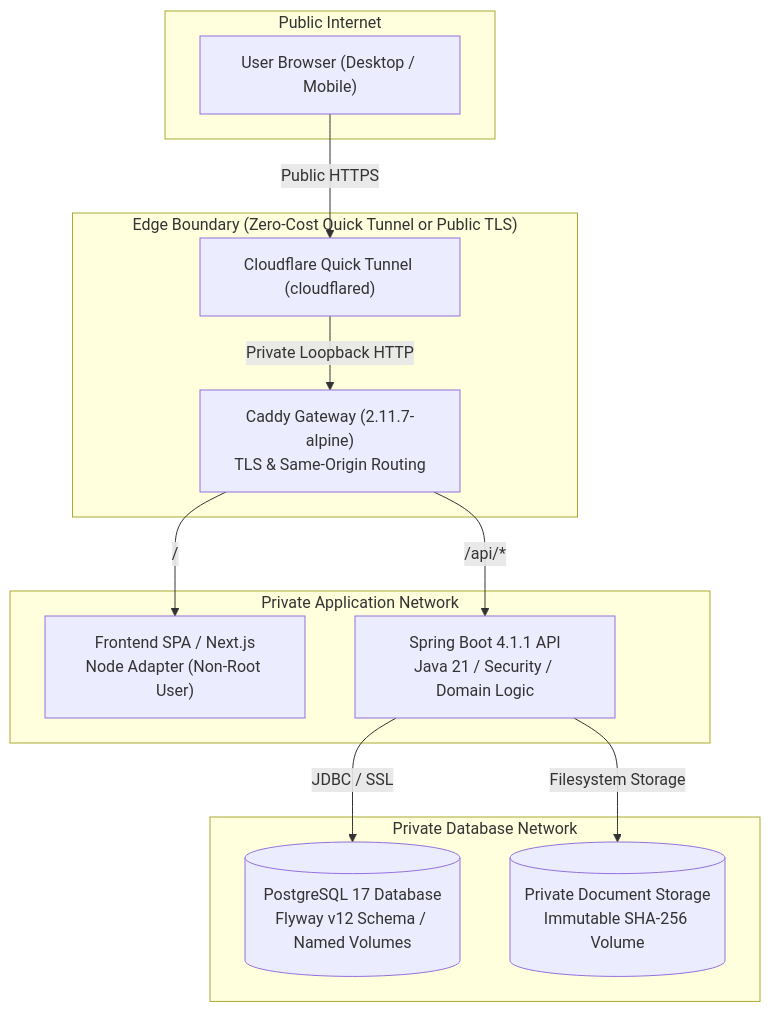
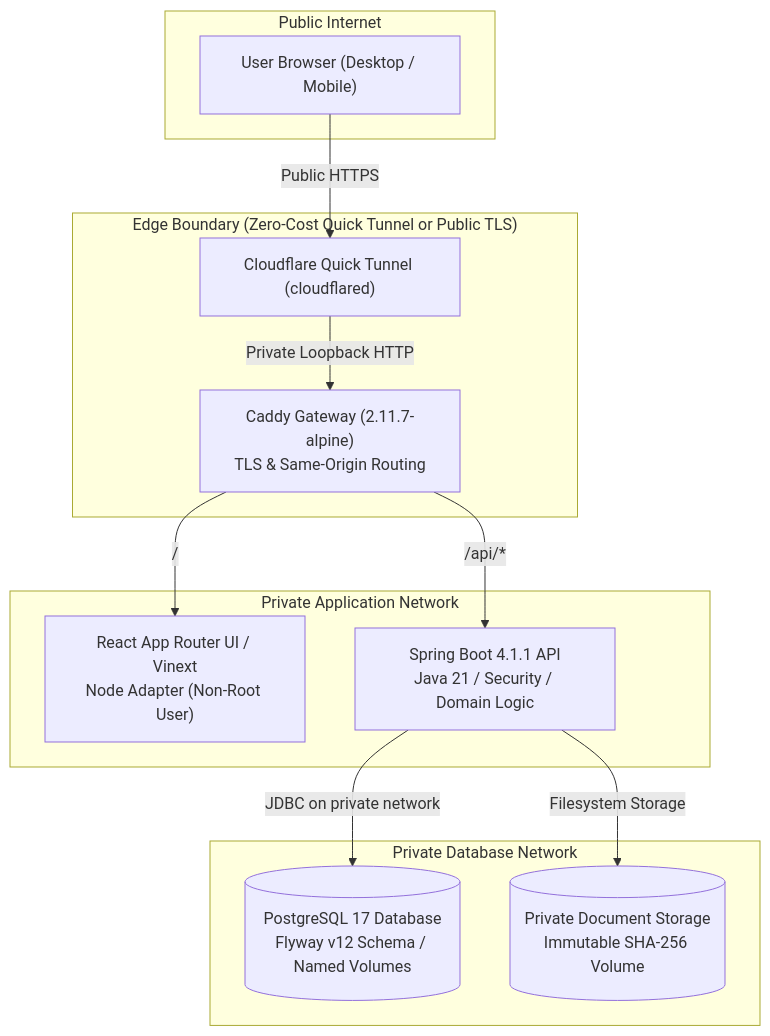
The first of 2 diagrams in docs/portfolio-case-study.md (anhtrinh05/bridgeflow), drawn with Mermaid before and after one commit. The commit also changed other lines of this file and 20 other files, not shown here.

````diff
--- a/docs/portfolio-case-study.md
+++ b/docs/portfolio-case-study.md
@@ -51,28 +51,28 @@
 ```mermaid
 graph TB
     subgraph Public Internet
         Browser["User Browser (Desktop / Mobile)"]
     end
 
     subgraph "Edge Boundary (Zero-Cost Quick Tunnel or Public TLS)"
         Tunnel["Cloudflare Quick Tunnel (cloudflared)"]
         Gateway["Caddy Gateway (2.11.7-alpine)<br/>TLS & Same-Origin Routing"]
     end
 
     subgraph "Private Application Network"
-        Frontend["Frontend SPA / Next.js<br/>Node Adapter (Non-Root User)"]
+        Frontend["React App Router UI / Vinext<br/>Node Adapter (Non-Root User)"]
         Backend["Spring Boot 4.1.1 API<br/>Java 21 / Security / Domain Logic"]
     end
 
     subgraph "Private Database Network"
         Postgres[("PostgreSQL 17 Database<br/>Flyway v12 Schema / Named Volumes")]
         DocStore[("Private Document Storage<br/>Immutable SHA-256 Volume")]
     end
 
     Browser -->|Public HTTPS| Tunnel
     Tunnel -->|Private Loopback HTTP| Gateway
     Gateway -->|/| Frontend
     Gateway -->|/api/*| Backend
-    Backend -->|JDBC / SSL| Postgres
+    Backend -->|JDBC on private network| Postgres
     Backend -->|Filesystem Storage| DocStore
 ```
````
